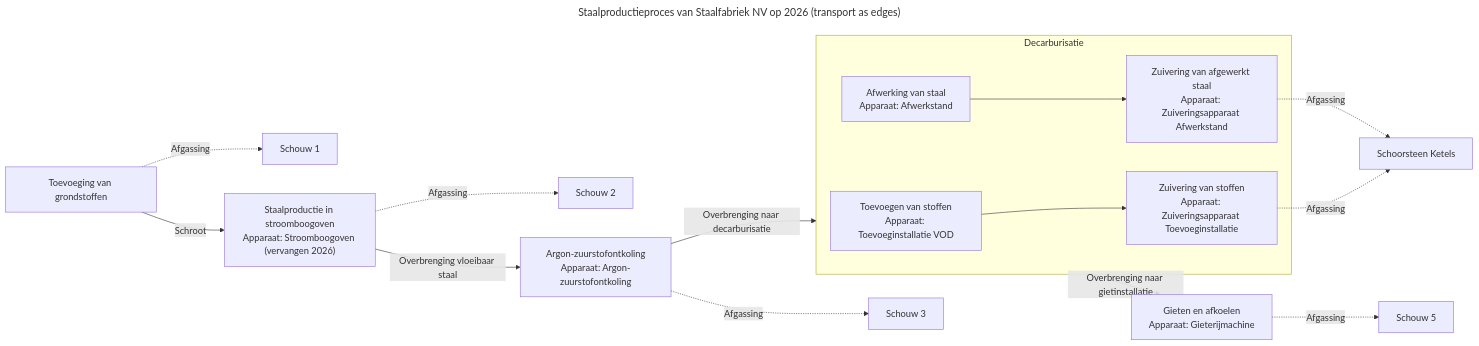
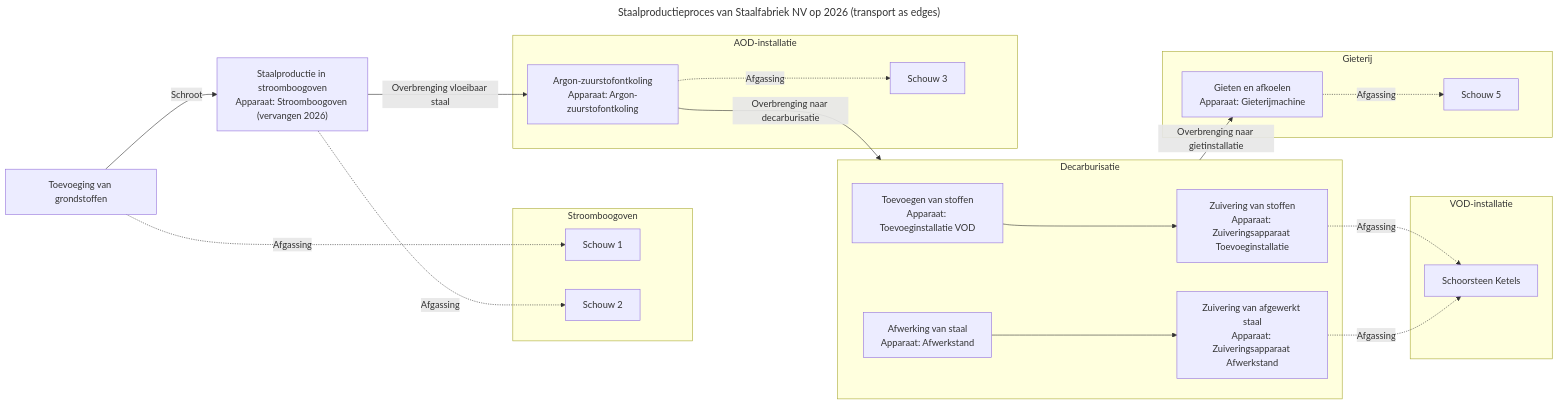
One commit to milieuinfo/RIE-IEPR changed the diagram in documentatie/bin/activiteit-visualisatie/diagrams/0400123123_6851234567_ACTIVITEIT_1_VERSIE2026_proces_0400123123_6851234567_ACTIVITEIT_1_VERSIE2026_transport.mmd. Above: the diagram before and after it, drawn with Mermaid. The commit also changed 33 other files, not shown here.

```diff
--- a/documentatie/bin/activiteit-visualisatie/diagrams/0400123123_6851234567_ACTIVITEIT_1_VERSIE2026_proces_0400123123_6851234567_ACTIVITEIT_1_VERSIE2026_transport.mmd
+++ b/documentatie/bin/activiteit-visualisatie/diagrams/0400123123_6851234567_ACTIVITEIT_1_VERSIE2026_proces_0400123123_6851234567_ACTIVITEIT_1_VERSIE2026_transport.mmd
@@ -1,38 +1,58 @@
 ---
 title: "Staalproductieproces van Staalfabriek NV op 2026 (transport as edges)"
 ---
 flowchart LR
 subgraph proces_0400123123_6851234567_ACTIVITEIT_1_0009_VERSIE2020["Decarburisatie"]
 proces_0400123123_6851234567_ACTIVITEIT_1_0009_001["Toevoegen van stoffen
 Apparaat: Toevoeginstallatie VOD"]
 proces_0400123123_6851234567_ACTIVITEIT_1_0009_002["Zuivering van stoffen
 Apparaat: Zuiveringsapparaat Toevoeginstallatie"]
 proces_0400123123_6851234567_ACTIVITEIT_1_0009_004["Afwerking van staal
 Apparaat: Afwerkstand"]
 proces_0400123123_6851234567_ACTIVITEIT_1_0009_005["Zuivering van afgewerkt staal
 Apparaat: Zuiveringsapparaat Afwerkstand"]
 end
+subgraph installatie_0400123123_6851234567_0000001["Stroomboogoven"]
+emissiepunt_0400123123_6851234567_0000001["Schouw 1"]
+emissiepunt_0400123123_6851234567_0000002["Schouw 2"]
+end
+subgraph installatie_0400123123_6851234567_0000002["Gieterij"]
+emissiepunt_0400123123_6851234567_0000005["Schouw 5"]
+proces_0400123123_6851234567_ACTIVITEIT_1_0011["Gieten en afkoelen
+Apparaat: Gieterijmachine"]
+end
+subgraph installatie_0400123123_6851234567_0000003["VOD-installatie"]
+emissiepunt_0400123123_6851234567_0000004["Schoorsteen Ketels"]
+proces_0400123123_6851234567_ACTIVITEIT_1_0009_001["Toevoegen van stoffen
+Apparaat: Toevoeginstallatie VOD"]
+proces_0400123123_6851234567_ACTIVITEIT_1_0009_005["Zuivering van afgewerkt staal
+Apparaat: Zuiveringsapparaat Afwerkstand"]
+proces_0400123123_6851234567_ACTIVITEIT_1_0009_004["Afwerking van staal
+Apparaat: Afwerkstand"]
+proces_0400123123_6851234567_ACTIVITEIT_1_0009_002["Zuivering van stoffen
+Apparaat: Zuiveringsapparaat Toevoeginstallatie"]
+end
+subgraph installatie_0400123123_6851234567_0000004["AOD-installatie"]
+emissiepunt_0400123123_6851234567_0000003["Schouw 3"]
+proces_0400123123_6851234567_ACTIVITEIT_1_0007["Argon-zuurstofontkoling
+Apparaat: Argon-zuurstofontkoling"]
+end
 proces_0400123123_6851234567_ACTIVITEIT_1_0001["Toevoeging van grondstoffen"]
-emissiepunt_0400123123_6851234567_0000001["Schouw 1"]
 proces_0400123123_6851234567_ACTIVITEIT_1_0004_VERSIE2026["Staalproductie in stroomboogoven
 Apparaat: Stroomboogoven (vervangen 2026)"]
-emissiepunt_0400123123_6851234567_0000002["Schouw 2"]
-proces_0400123123_6851234567_ACTIVITEIT_1_0007["Argon-zuurstofontkoling
-Apparaat: Argon-zuurstofontkoling"]
-emissiepunt_0400123123_6851234567_0000003["Schouw 3"]
-emissiepunt_0400123123_6851234567_0000004["Schoorsteen Ketels"]
-proces_0400123123_6851234567_ACTIVITEIT_1_0011["Gieten en afkoelen
-Apparaat: Gieterijmachine"]
-emissiepunt_0400123123_6851234567_0000005["Schouw 5"]
+installatie_0400123123_6851234567_0000001["Stroomboogoven"]
+installatie_0400123123_6851234567_0000002["Gieterij"]
+installatie_0400123123_6851234567_0000003["VOD-installatie"]
+installatie_0400123123_6851234567_0000004["AOD-installatie"]
 proces_0400123123_6851234567_ACTIVITEIT_1_0009_001 --> proces_0400123123_6851234567_ACTIVITEIT_1_0009_002
 proces_0400123123_6851234567_ACTIVITEIT_1_0009_004 --> proces_0400123123_6851234567_ACTIVITEIT_1_0009_005
 proces_0400123123_6851234567_ACTIVITEIT_1_0001 -- "Schroot" --> proces_0400123123_6851234567_ACTIVITEIT_1_0004_VERSIE2026
 proces_0400123123_6851234567_ACTIVITEIT_1_0004_VERSIE2026 -- "Overbrenging vloeibaar staal" --> proces_0400123123_6851234567_ACTIVITEIT_1_0007
 proces_0400123123_6851234567_ACTIVITEIT_1_0007 -- "Overbrenging naar decarburisatie" --> proces_0400123123_6851234567_ACTIVITEIT_1_0009_VERSIE2020
 proces_0400123123_6851234567_ACTIVITEIT_1_0009_VERSIE2020 -- "Overbrenging naar gietinstallatie" --> proces_0400123123_6851234567_ACTIVITEIT_1_0011
 proces_0400123123_6851234567_ACTIVITEIT_1_0001 -. "Afgassing" .-> emissiepunt_0400123123_6851234567_0000001
 proces_0400123123_6851234567_ACTIVITEIT_1_0004_VERSIE2026 -. "Afgassing" .-> emissiepunt_0400123123_6851234567_0000002
 proces_0400123123_6851234567_ACTIVITEIT_1_0007 -. "Afgassing" .-> emissiepunt_0400123123_6851234567_0000003
 proces_0400123123_6851234567_ACTIVITEIT_1_0009_002 -. "Afgassing" .-> emissiepunt_0400123123_6851234567_0000004
 proces_0400123123_6851234567_ACTIVITEIT_1_0009_005 -. "Afgassing" .-> emissiepunt_0400123123_6851234567_0000004
 proces_0400123123_6851234567_ACTIVITEIT_1_0011 -. "Afgassing" .-> emissiepunt_0400123123_6851234567_0000005
```
